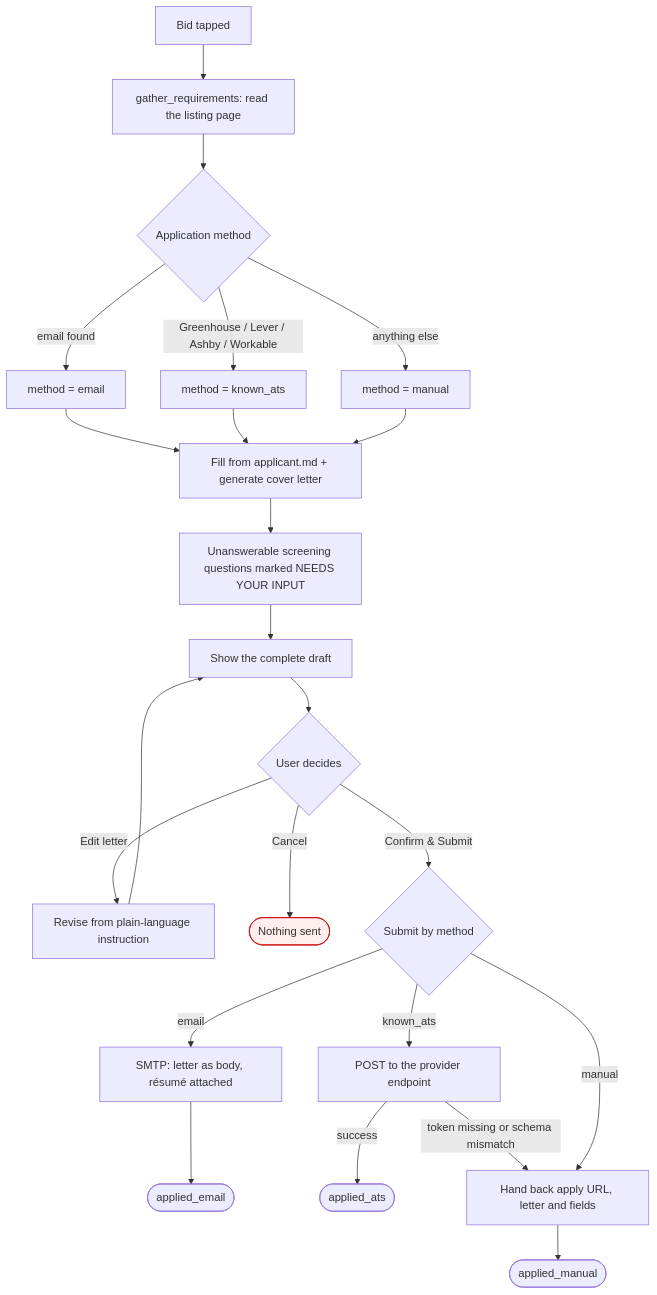
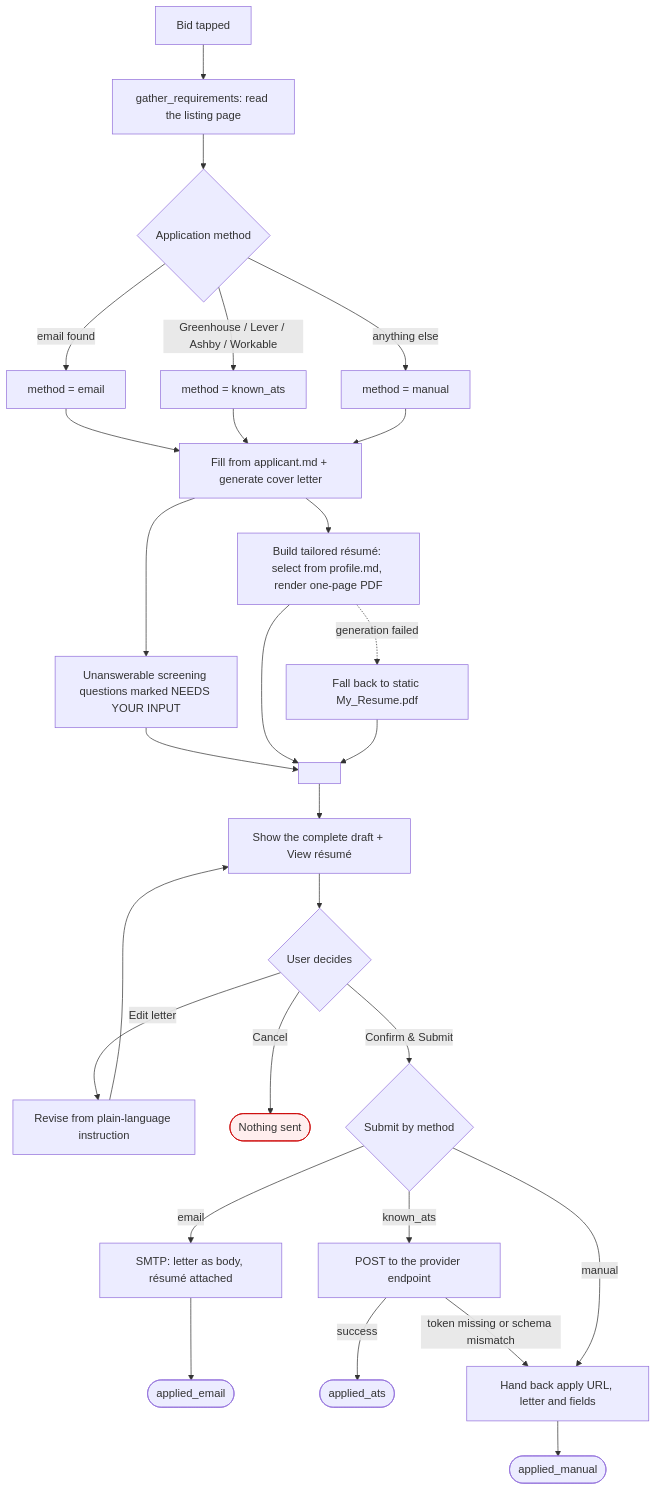
The second of 5 diagrams in docs/architecture.md (HamedEzzu/bidwatch), drawn with Mermaid before and after one commit. The commit also changed other lines of this file and 14 other files, not shown here.

First line of the commit message:
Job-tailored résumé generation

````diff
--- a/docs/architecture.md
+++ b/docs/architecture.md
@@ -46,27 +46,32 @@
 ```mermaid
 flowchart TD
     T[Bid tapped] --> R[gather_requirements: read the listing page]
     R --> C{Application method}
     C -->|email found| E[method = email]
     C -->|Greenhouse / Lever / Ashby / Workable| A[method = known_ats]
     C -->|anything else| M[method = manual]
 
     E --> F[Fill from applicant.md + generate cover letter]
     A --> F
     M --> F
-    F --> QQ[Unanswerable screening questions marked NEEDS YOUR INPUT]
-    QQ --> D[Show the complete draft]
+    F --> RES[Build tailored résumé: select from profile.md, render one-page PDF]
+    RES -.->|generation failed| STATIC[Fall back to static My_Resume.pdf]
+    F --> QQ2[Unanswerable screening questions marked NEEDS YOUR INPUT]
+    QQ2 --> QQ[ ]
+    RES --> QQ
+    STATIC --> QQ
+    QQ --> D[Show the complete draft + View résumé]
 
     D --> B{User decides}
     B -->|Edit letter| ED[Revise from plain-language instruction] --> D
     B -->|Cancel| X([Nothing sent])
     B -->|Confirm & Submit| S{Submit by method}
 
     S -->|email| SM[SMTP: letter as body, résumé attached] --> OK1([applied_email])
     S -->|known_ats| AT[POST to the provider endpoint]
     AT -->|success| OK2([applied_ats])
     AT -->|token missing or schema mismatch| MH
     S -->|manual| MH[Hand back apply URL, letter and fields] --> OK3([applied_manual])
 
     style X fill:#fee,stroke:#c00
 ```
````
